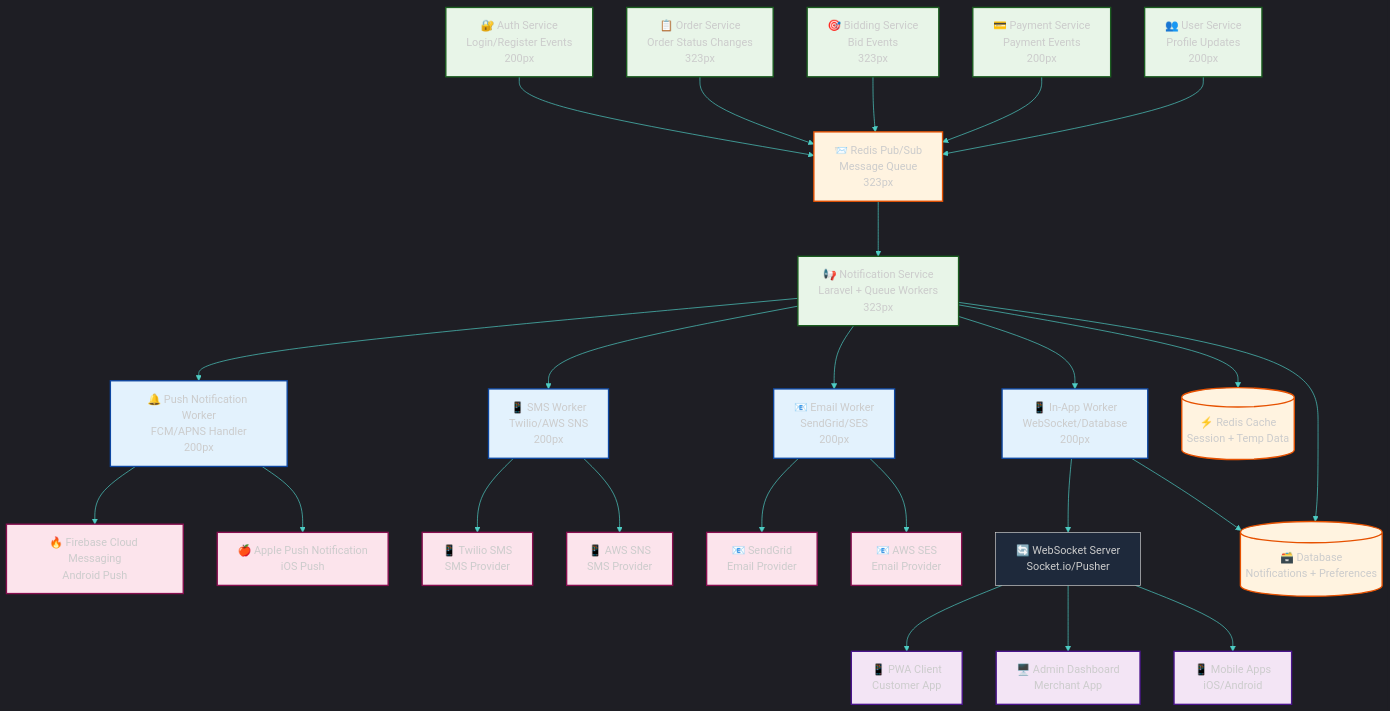
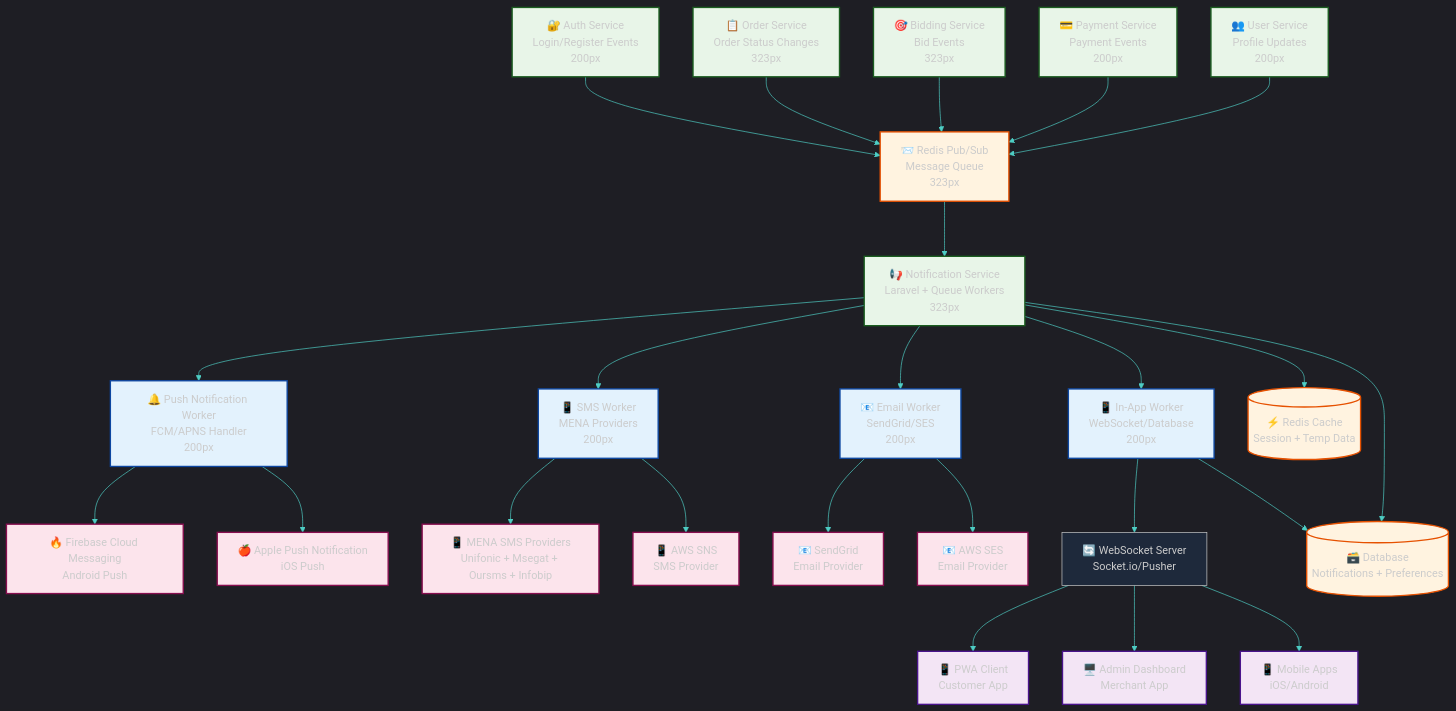
The first of 2 diagrams in diagrams/notification-architecture.md (abdoElHodaky/larvrevrstender), drawn with Mermaid before and after one commit. The commit also changed other lines of this file, not shown here.

First line of the commit message:
📚 DOCS: Fix notification architecture diagram Twilio references

````diff
--- a/diagrams/notification-architecture.md
+++ b/diagrams/notification-architecture.md
@@ -44,14 +44,14 @@
     
     %% Notification Channels
     PUSH_WORKER["🔔 Push Notification Worker<br/>FCM/APNS Handler<br/>200px"]
-    SMS_WORKER["📱 SMS Worker<br/>Twilio/AWS SNS<br/>200px"]
+    SMS_WORKER["📱 SMS Worker<br/>MENA Providers<br/>200px"]
     EMAIL_WORKER["📧 Email Worker<br/>SendGrid/SES<br/>200px"]
     INAPP_WORKER["📱 In-App Worker<br/>WebSocket/Database<br/>200px"]
     
     %% External Providers
     FCM[🔥 Firebase Cloud Messaging<br/>Android Push]
     APNS[🍎 Apple Push Notification<br/>iOS Push]
-    TWILIO[📱 Twilio SMS<br/>SMS Provider]
+    SMS_PROVIDERS[📱 MENA SMS Providers<br/>Unifonic + Msegat + Oursms + Infobip]
     AWS_SNS[📱 AWS SNS<br/>SMS Provider]
     SENDGRID[📧 SendGrid<br/>Email Provider]
     AWS_SES[📧 AWS SES<br/>Email Provider]
@@ -87,7 +87,7 @@
     %% Workers to External Providers
     PUSH_WORKER --> FCM
     PUSH_WORKER --> APNS
-    SMS_WORKER --> TWILIO
+    SMS_WORKER --> SMS_PROVIDERS
     SMS_WORKER --> AWS_SNS
     EMAIL_WORKER --> SENDGRID
     EMAIL_WORKER --> AWS_SES
@@ -114,7 +114,7 @@
     
     class AUTH,ORDER,BIDDING,PAYMENT,USER,NOTIFICATION service
     class PUSH_WORKER,SMS_WORKER,EMAIL_WORKER,INAPP_WORKER worker
-    class FCM,APNS,TWILIO,AWS_SNS,SENDGRID,AWS_SES external
+    class FCM,APNS,SMS_PROVIDERS,AWS_SNS,SENDGRID,AWS_SES external
     class PWA_CLIENT,ADMIN_CLIENT,MOBILE_CLIENT client
     class DB,REDIS_CACHE,REDIS_QUEUE database
 ```
````
